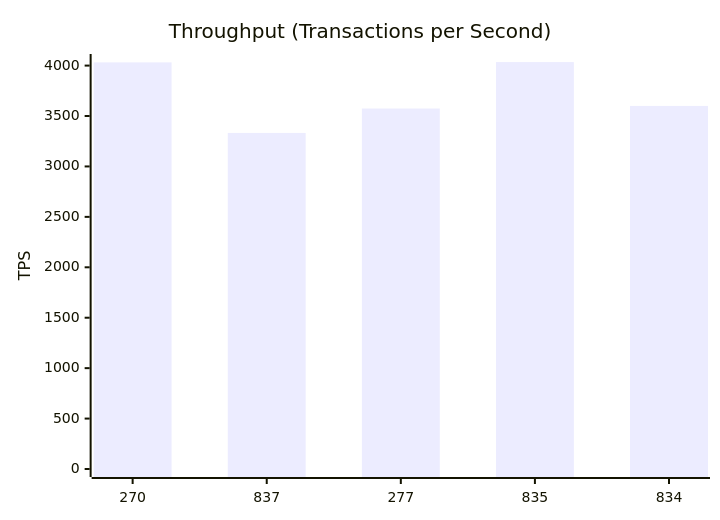
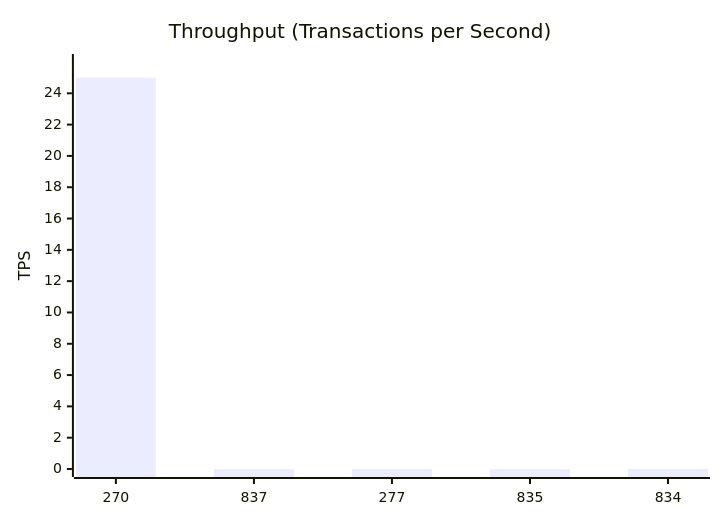
Before and after one commit to dhagan-va/intern-2025: the second of 10 diagrams in test-tools/DataGen/src/Statistics_Visualizer.md, drawn with Mermaid. The commit also changed other lines of this file and 2 other files, not shown here.

````diff
--- a/test-tools/DataGen/src/Statistics_Visualizer.md
+++ b/test-tools/DataGen/src/Statistics_Visualizer.md
@@ -30,7 +30,7 @@
 ```mermaid
 xychart-beta
     title "Throughput (Transactions per Second)"
     x-axis ["270", "837", "277", "835", "834"]
-    y-axis "TPS" 0 --> 4035.5821325648412
-    bar [4032.0, 3332.2314049586776, 3574.41738415058, 4034.5821325648412, 3600.006428582908]
+    y-axis "TPS" 0 --> 25.999375015624608
+    bar [24.999375015624608, 0.0, 0.0, 0.0, 0.0]
 ```
````
